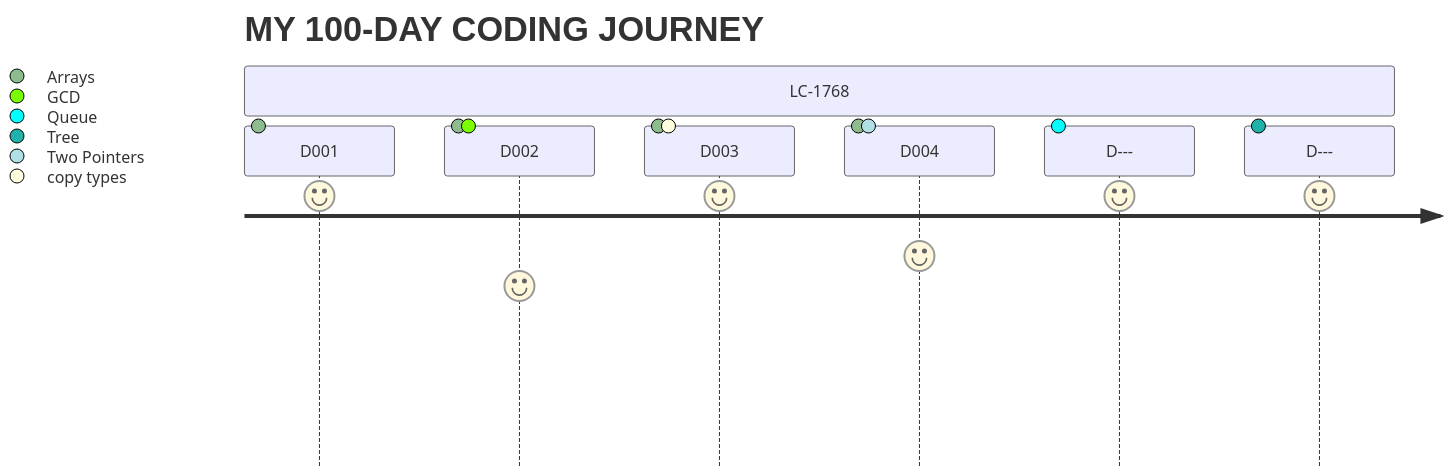
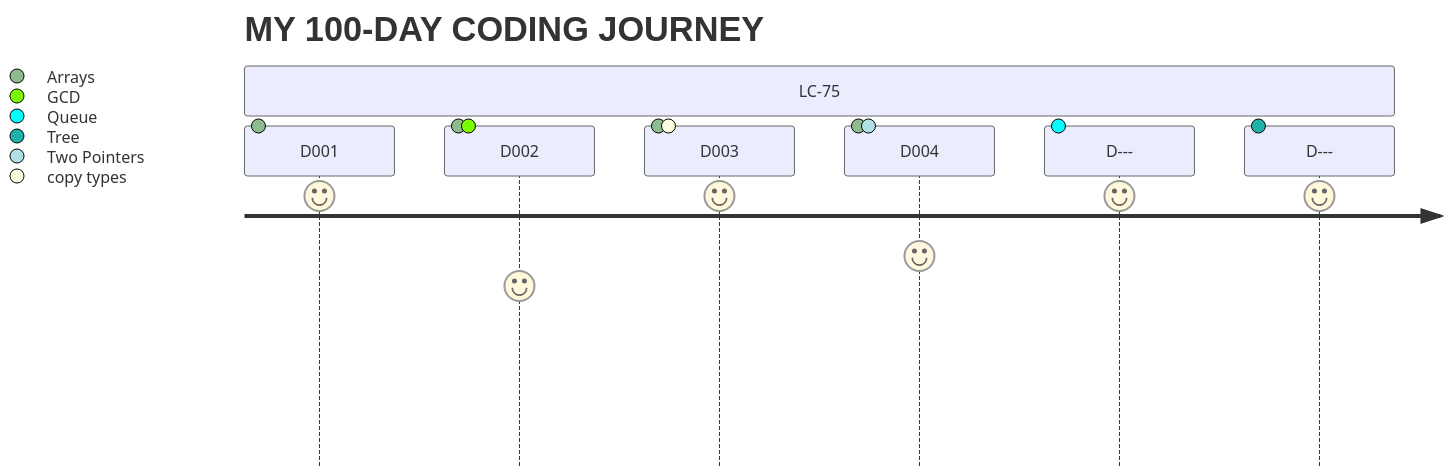
One commit to Edddush/100-days-of-code changed the diagram in log.md. Above: the diagram before and after it, drawn with Mermaid.

Commit message:
Update Chart Section

````diff
--- a/log.md
+++ b/log.md
@@ -3,11 +3,11 @@
 ```mermaid
 journey
     title MY 100-DAY CODING JOURNEY
-    section LC-1768
+    section LC-75
       D001: 9: Arrays
       D002: 6: Arrays, GCD
       D003: 9: Arrays, copy types
       D004: 7: Arrays, Two Pointers
       D---: 9: Queue
       D---: 9: Tree
 ```
````
